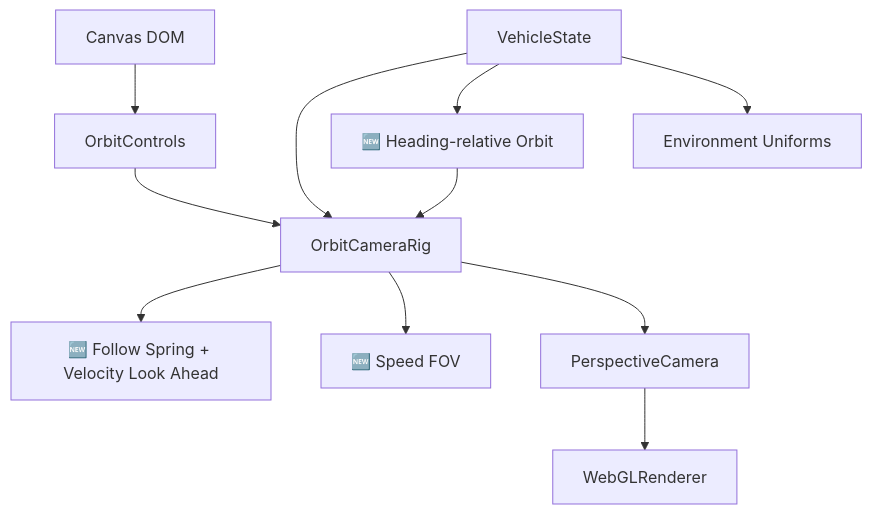
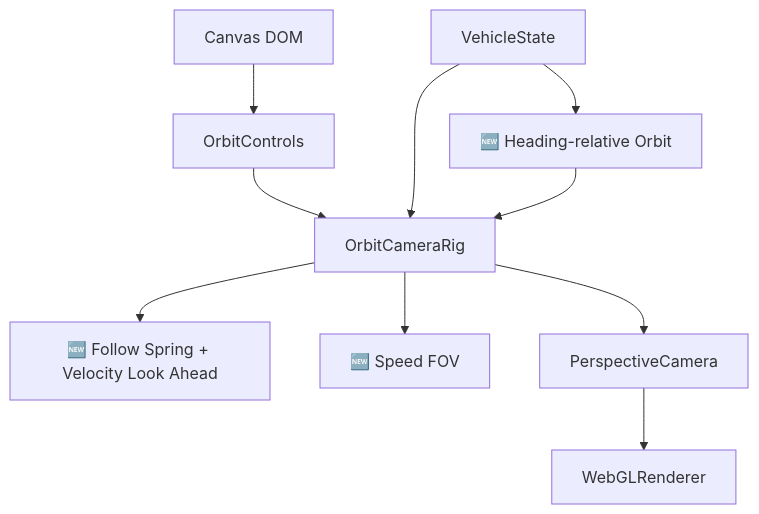
The first of 2 diagrams in docs/architecture/camera-system/README.md (64n-goxutech/shader-roam), drawn with Mermaid before and after one commit. The commit also changed other lines of this file and 26 other files, not shown here.

````diff
--- a/docs/architecture/camera-system/README.md
+++ b/docs/architecture/camera-system/README.md
@@ -5,14 +5,13 @@
 ```mermaid
 graph TB
     %% 🆕 新增  ⚡ 修改
     Canvas[Canvas DOM] --> OrbitControls[OrbitControls]
     VehicleState[VehicleState] --> OrbitRig[OrbitCameraRig]
     OrbitControls --> OrbitRig
     OrbitRig --> FollowFeedback[🆕 Follow Spring + Velocity Look Ahead]
     OrbitRig --> DynamicFov[🆕 Speed FOV]
     VehicleState --> HeadingFollow[🆕 Heading-relative Orbit]
     HeadingFollow --> OrbitRig
     OrbitRig --> Camera[PerspectiveCamera]
     Camera --> Renderer[WebGLRenderer]
-    VehicleState --> Environment[Environment Uniforms]
 ```
````
